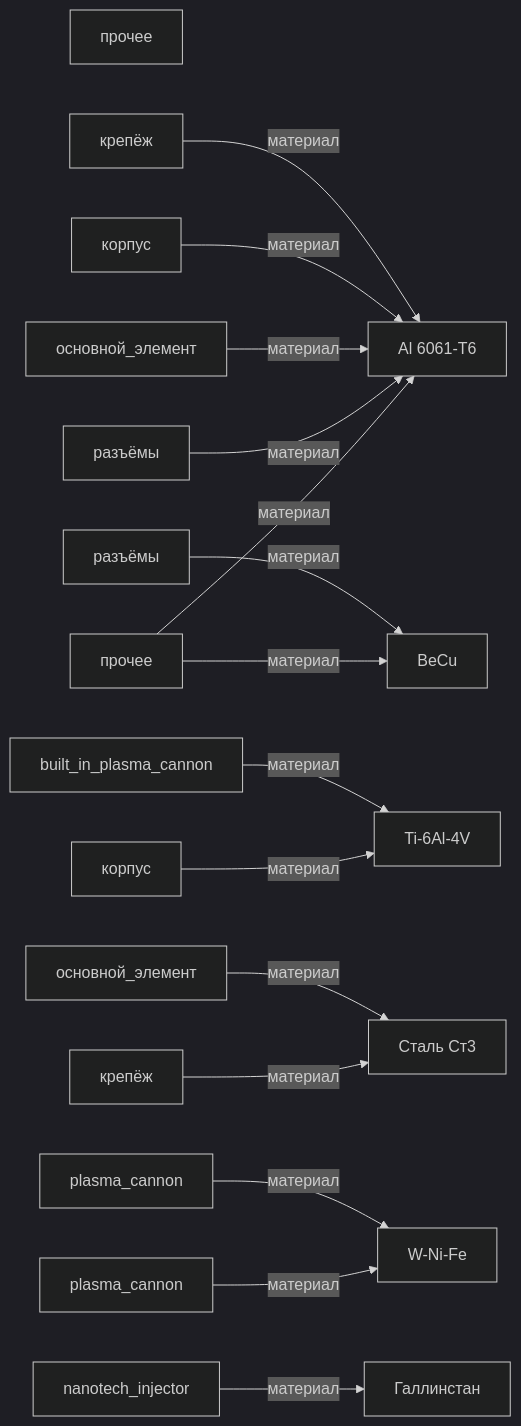
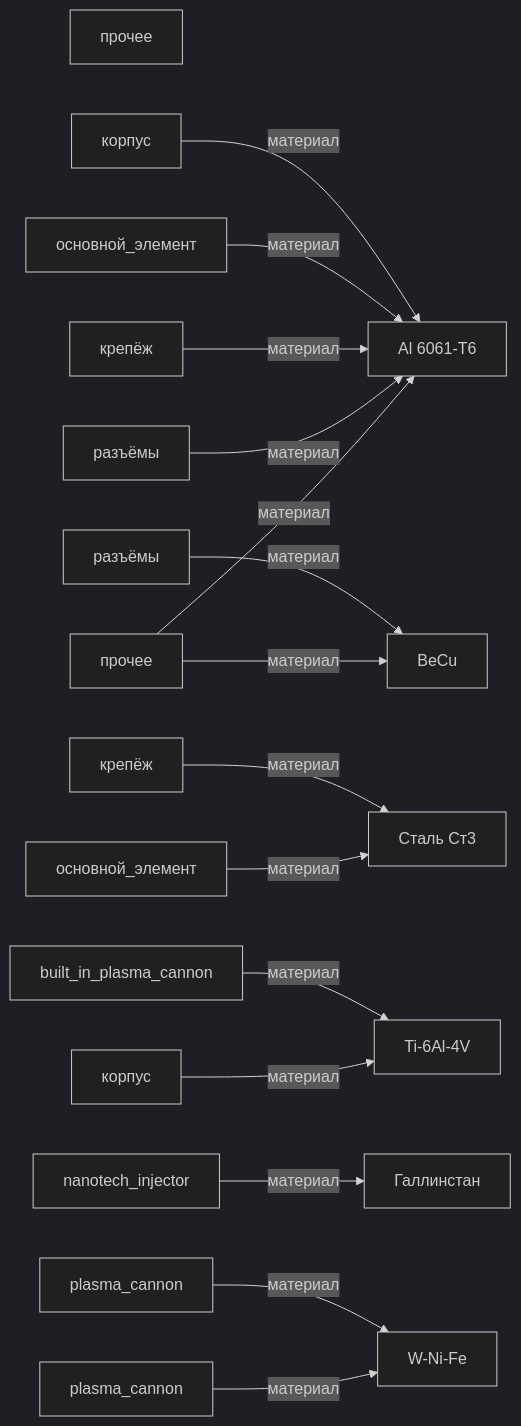
Before and after one commit to a-m-e-n-t-e-t/SkyNet: the diagram in graphs/mermaid/graph1_встроенное_оружие.md, drawn with Mermaid (dark theme). The commit also changed other lines of this file and 12 other files, not shown here.

````diff
--- a/graphs/mermaid/graph1_встроенное_оружие.md
+++ b/graphs/mermaid/graph1_встроенное_оружие.md
@@ -3,37 +3,37 @@
 ```mermaid
 graph LR
     izdelie_minigun_m134[прочее]
     izdelie_granatomet_m320[прочее]
     часть_minigun_m134_connectors[разъёмы]
+    часть_minigun_m134_core[основной_элемент]
+    часть_minigun_m134_mounting[крепёж]
     часть_minigun_m134_housing[корпус]
-    часть_minigun_m134_mounting[крепёж]
-    часть_minigun_m134_core[основной_элемент]
+    часть_granatomet_m320_mounting[крепёж]
     часть_granatomet_m320_core[основной_элемент]
+    часть_granatomet_m320_connectors[разъёмы]
     часть_granatomet_m320_housing[корпус]
-    часть_granatomet_m320_connectors[разъёмы]
-    часть_granatomet_m320_mounting[крепёж]
-    часть_hk_tank_плазма_пушка_1[plasma_cannon]
     часть_t_x_плазма_пушка[built_in_plasma_cannon]
     часть_t_x_нанотех_инъектор[nanotech_injector]
+    часть_hk_tank_плазма_пушка_1[plasma_cannon]
     часть_hk_aerial_плазма_пушка[plasma_cannon]
     material_al_6061_t6[Al 6061-T6]
     material_becu[BeCu]
     material_gallinstan[Галлинстан]
     material_stal_st3[Сталь Ст3]
     material_ti_6al_4v[Ti-6Al-4V]
     material_w_ni_fe[W-Ni-Fe]
     izdelie_granatomet_m320 -->|материал| material_al_6061_t6
     izdelie_granatomet_m320 -->|материал| material_becu
     часть_minigun_m134_connectors -->|материал| material_al_6061_t6
+    часть_minigun_m134_core -->|материал| material_stal_st3
+    часть_minigun_m134_mounting -->|материал| material_stal_st3
     часть_minigun_m134_housing -->|материал| material_ti_6al_4v
-    часть_minigun_m134_mounting -->|материал| material_stal_st3
-    часть_minigun_m134_core -->|материал| material_stal_st3
+    часть_granatomet_m320_mounting -->|материал| material_al_6061_t6
     часть_granatomet_m320_core -->|материал| material_al_6061_t6
+    часть_granatomet_m320_connectors -->|материал| material_becu
     часть_granatomet_m320_housing -->|материал| material_al_6061_t6
-    часть_granatomet_m320_connectors -->|материал| material_becu
-    часть_granatomet_m320_mounting -->|материал| material_al_6061_t6
-    часть_hk_tank_плазма_пушка_1 -->|материал| material_w_ni_fe
     часть_t_x_плазма_пушка -->|материал| material_ti_6al_4v
     часть_t_x_нанотех_инъектор -->|материал| material_gallinstan
+    часть_hk_tank_плазма_пушка_1 -->|материал| material_w_ni_fe
     часть_hk_aerial_плазма_пушка -->|материал| material_w_ni_fe
 ```
````
